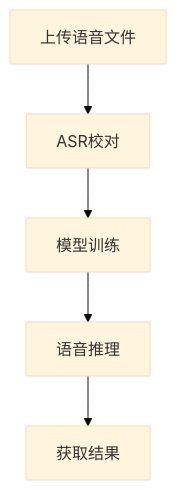
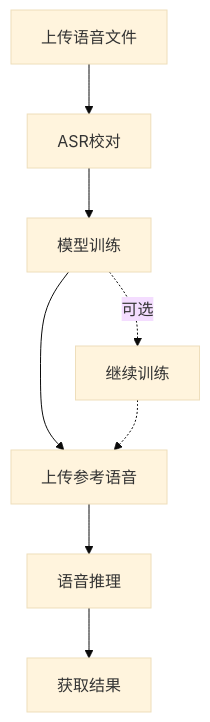
One commit to newsiquare/mockvox changed the diagram in docs/cn/api.md. Above: the diagram before and after it, drawn with Mermaid (base theme). The commit also changed other lines of this file and 5 other files, not shown here.

````diff
--- a/docs/cn/api.md
+++ b/docs/cn/api.md
@@ -35,7 +46,10 @@
 ```mermaid
 graph TD
     A[上传语音文件] --> B[ASR校对]
     B --> C[模型训练]
-    C --> D[语音推理]
-    D --> E[获取结果]
+    C --> D[上传参考语音]
+    C -.-> |可选| E[继续训练]  
+    E -.-> D
+    D --> F[语音推理]                  
+    F --> G[获取结果]
 ```
````
